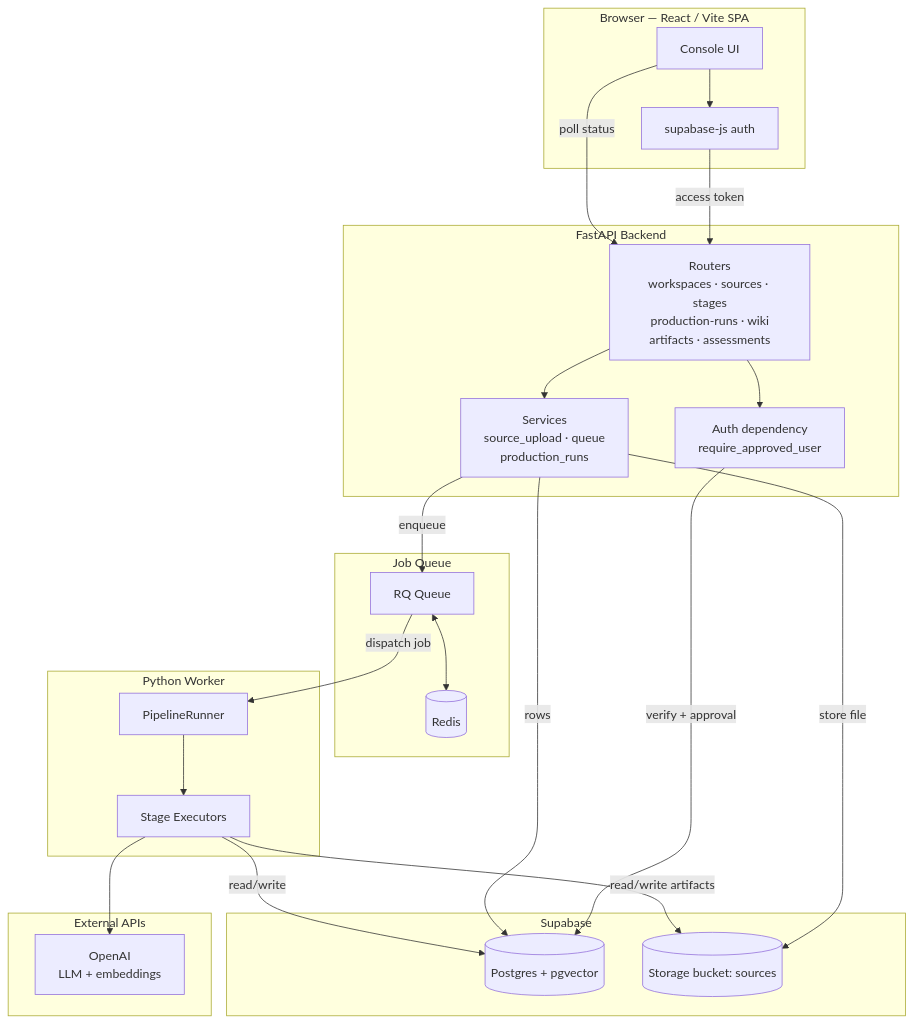
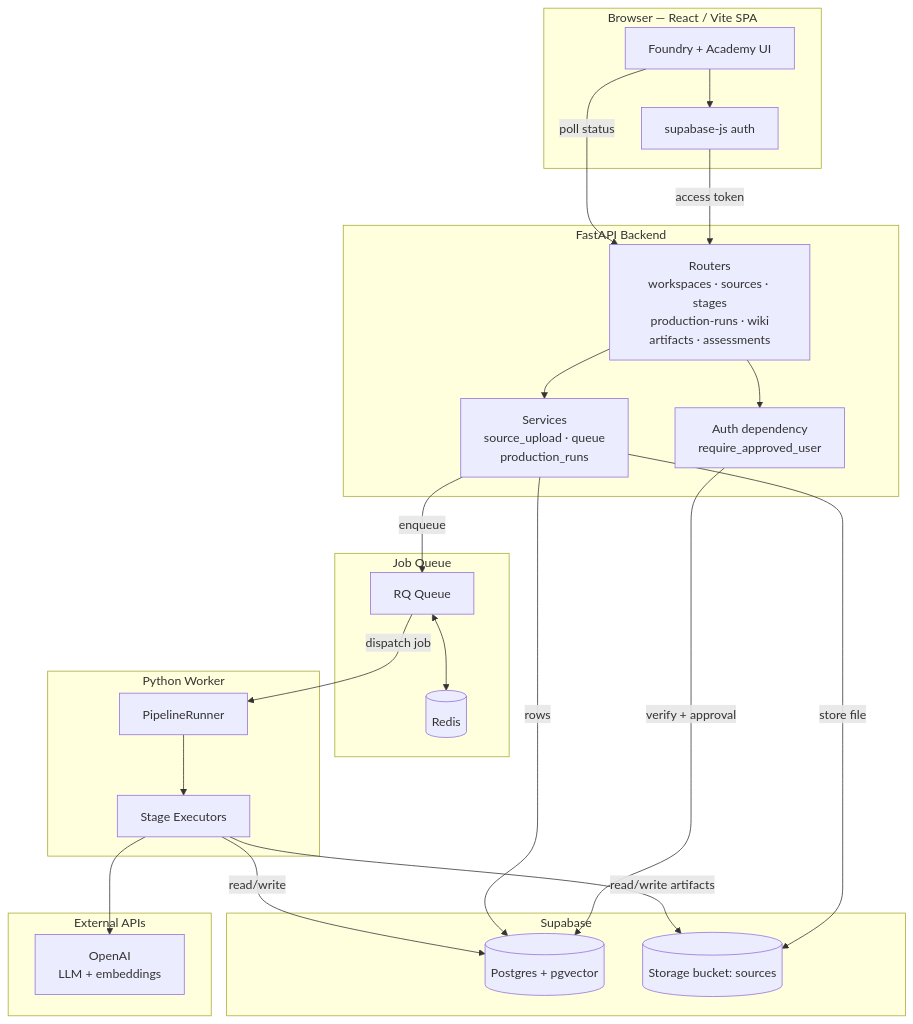
The first of 6 diagrams in README.md (lucas-spitzer/BriefWorks), drawn with Mermaid before and after one commit. The commit also changed other lines of this file and 108 other files, not shown here.

````diff
--- a/README.md
+++ b/README.md
@@ -15,48 +18,48 @@
 ```mermaid
 flowchart TD
     subgraph client["Browser — React / Vite SPA"]
-        UI[Console UI]
+        UI[Foundry + Academy UI]
         SBJS[supabase-js auth]
     end
 
     subgraph api["FastAPI Backend"]
         AUTH[Auth dependency<br/>require_approved_user]
         ROUTERS[Routers<br/>workspaces · sources · stages<br/>production-runs · wiki<br/>artifacts · assessments]
         SVC[Services<br/>source_upload · queue<br/>production_runs]
     end
 
     subgraph queue["Job Queue"]
         REDIS[(Redis)]
         RQ[RQ Queue]
     end
 
     subgraph worker["Python Worker"]
         RUNNER[PipelineRunner]
         EXEC[Stage Executors]
     end
 
     subgraph data["Supabase"]
         PG[(Postgres + pgvector)]
         STORE[(Storage bucket: sources)]
     end
 
     subgraph ext["External APIs"]
         OPENAI[OpenAI<br/>LLM + embeddings]
     end
 
     UI --> SBJS
     SBJS -- access token --> ROUTERS
     ROUTERS --> AUTH
     AUTH -- verify + approval --> PG
     ROUTERS --> SVC
     SVC -- store file --> STORE
     SVC -- rows --> PG
     SVC -- enqueue --> RQ
     RQ <--> REDIS
     RQ -- dispatch job --> RUNNER
     RUNNER --> EXEC
     EXEC --> OPENAI
     EXEC -- read/write --> PG
     EXEC -- read/write artifacts --> STORE
     UI -- poll status --> ROUTERS
 ```
````
